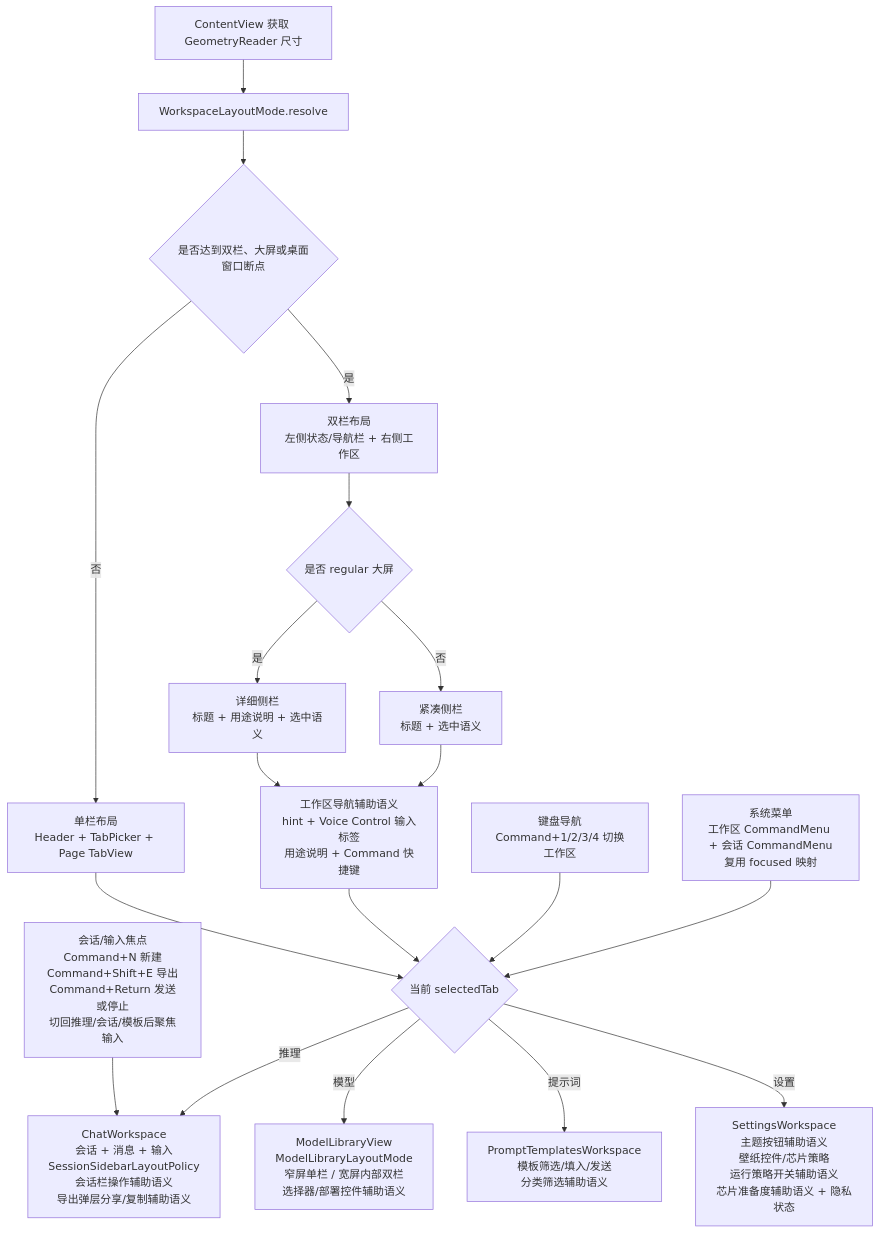
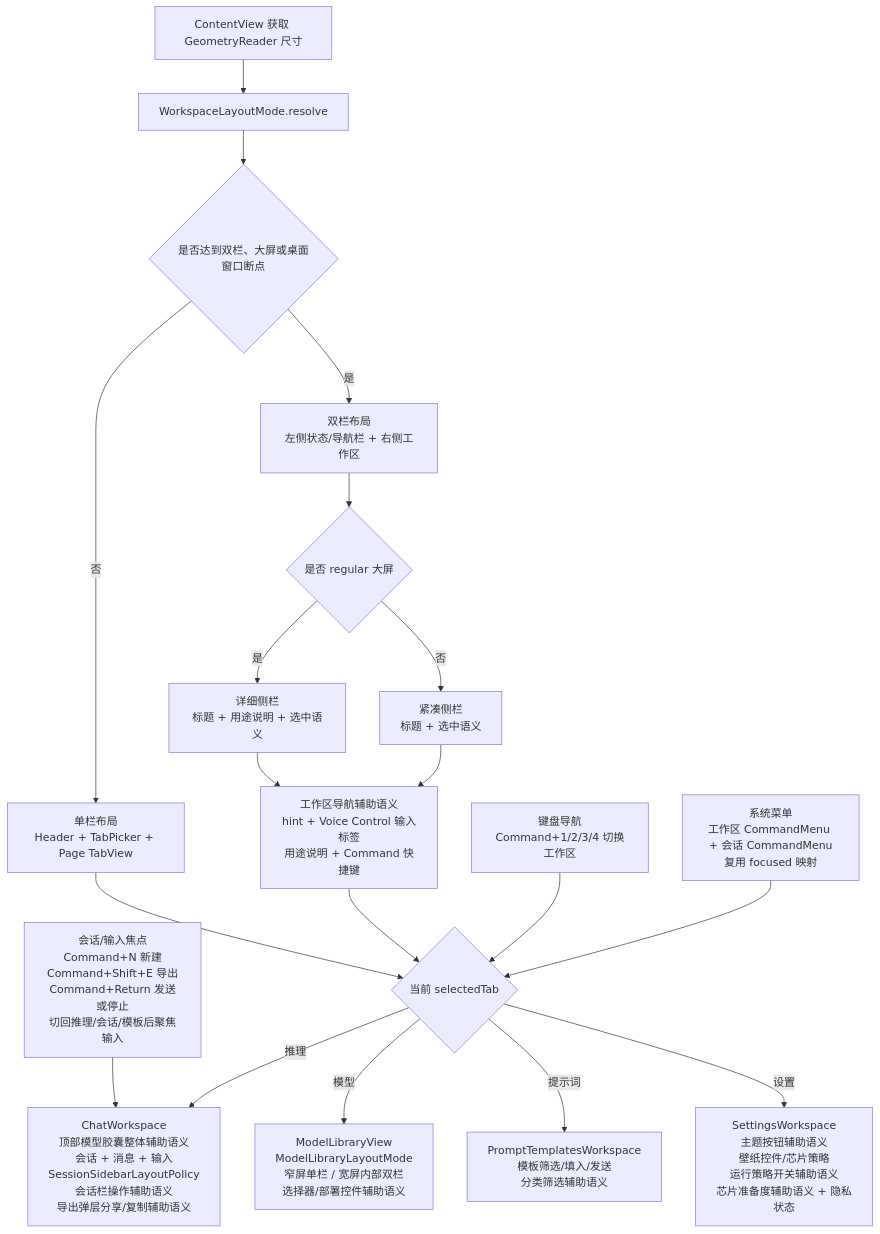
Before and after one commit to Altman-sam114/113: the fourth of 9 diagrams in md/flow/flowchart.md, drawn with Mermaid. The commit also changed other lines of this file and 8 other files, not shown here.

````diff
--- a/md/flow/flowchart.md
+++ b/md/flow/flowchart.md
@@ -68,21 +68,21 @@
 ```mermaid
 flowchart TD
     A[ContentView 获取 GeometryReader 尺寸] --> B[WorkspaceLayoutMode.resolve]
     B --> C{是否达到双栏、大屏或桌面窗口断点}
     C -- 否 --> D[单栏布局<br/>Header + TabPicker + Page TabView]
     C -- 是 --> E[双栏布局<br/>左侧状态/导航栏 + 右侧工作区]
     E --> N{是否 regular 大屏}
     N -- 是 --> O[详细侧栏<br/>标题 + 用途说明 + 选中语义]
     N -- 否 --> P[紧凑侧栏<br/>标题 + 选中语义]
     D --> F{当前 selectedTab}
     O --> X[工作区导航辅助语义<br/>hint + Voice Control 输入标签<br/>用途说明 + Command 快捷键]
     P --> X
     X --> F
     K[键盘导航<br/>Command+1/2/3/4 切换工作区] --> F
     M[系统菜单<br/>工作区 CommandMenu + 会话 CommandMenu<br/>复用 focused 映射] --> F
     L[会话/输入焦点<br/>Command+N 新建<br/>Command+Shift+E 导出<br/>Command+Return 发送或停止<br/>切回推理/会话/模板后聚焦输入] --> G
-    F -- 推理 --> G[ChatWorkspace<br/>会话 + 消息 + 输入<br/>SessionSidebarLayoutPolicy<br/>会话栏操作辅助语义<br/>导出弹层分享/复制辅助语义]
+    F -- 推理 --> G[ChatWorkspace<br/>顶部模型胶囊整体辅助语义<br/>会话 + 消息 + 输入<br/>SessionSidebarLayoutPolicy<br/>会话栏操作辅助语义<br/>导出弹层分享/复制辅助语义]
     F -- 模型 --> H[ModelLibraryView<br/>ModelLibraryLayoutMode<br/>窄屏单栏 / 宽屏内部双栏<br/>选择器/部署控件辅助语义]
     F -- 提示词 --> I[PromptTemplatesWorkspace<br/>模板筛选/填入/发送<br/>分类筛选辅助语义]
     F -- 设置 --> J[SettingsWorkspace<br/>主题按钮辅助语义<br/>壁纸控件/芯片策略<br/>运行策略开关辅助语义<br/>芯片准备度辅助语义 + 隐私状态]
 ```
````
